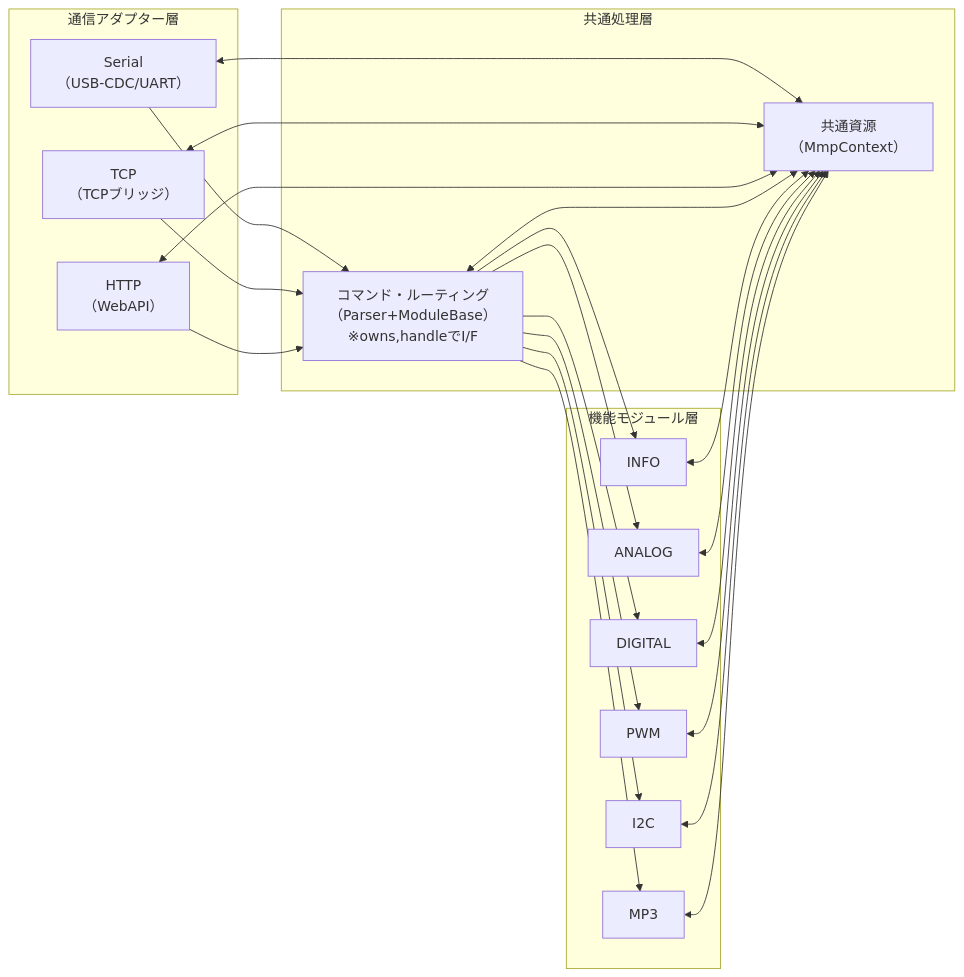
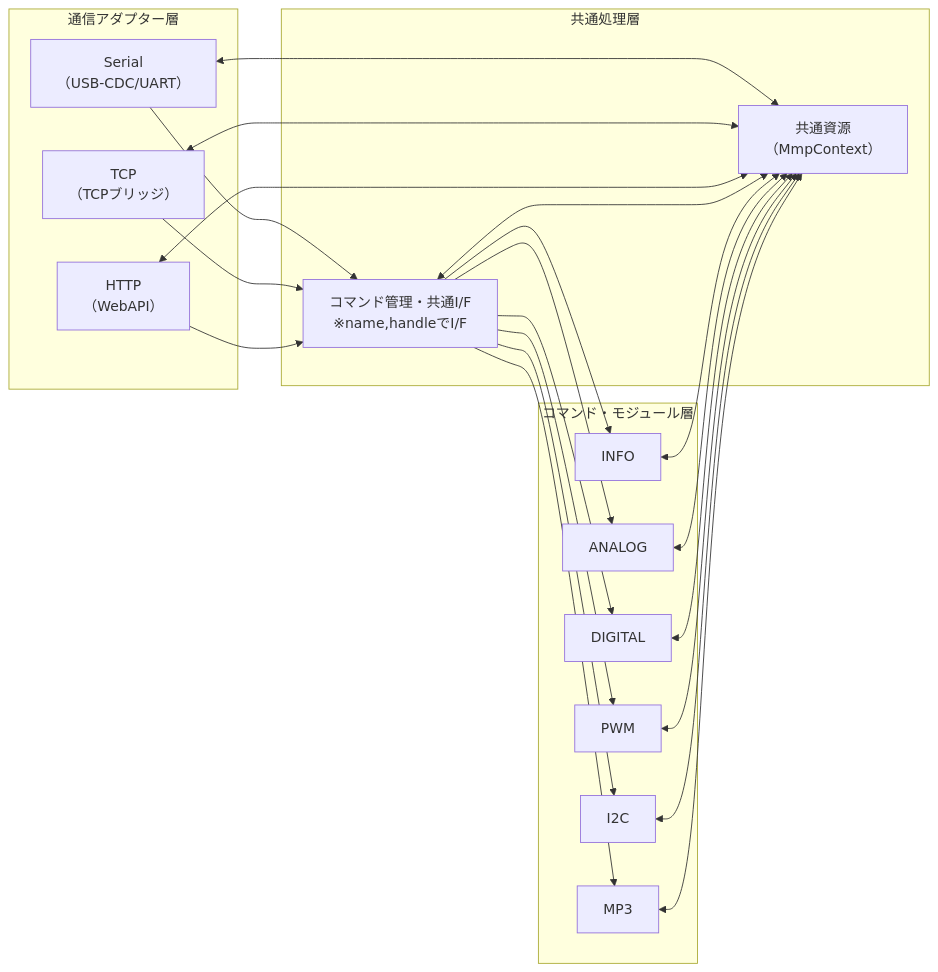
Before and after one commit to kureha001/MMP: the fourth of 4 diagrams in ファームウェア/ファームウェア/mmp/doc/README.MD, drawn with Mermaid. The commit also changed other lines of this file and 16 other files, not shown here.

````diff
--- a/ファームウェア/ファームウェア/mmp/doc/README.MD
+++ b/ファームウェア/ファームウェア/mmp/doc/README.MD
@@ -142,46 +150,46 @@
 ```mermaid
 flowchart LR
     subgraph ADAPTER["通信アダプター層"]
         A1["Serial<br>（USB-CDC/UART）"]
         A2["TCP<br>（TCPブリッジ）"]
         A3["HTTP<br>（WebAPI）"]
     end
 
     subgraph CORE["共通処理層"]
         C["共通資源<br/>（MmpContext）"]
-        P["コマンド・ルーティング<br/>（Parser+ModuleBase）<br/>※owns,handleでI/F"]
+        P["コマンド管理・共通I/F<br/>※name,handleでI/F"]
     end
 
-    subgraph MODULE["機能モジュール層"]
+    subgraph MODULE["コマンド・モジュール層"]
         M1["INFO"]
         M2["ANALOG"]
         M3["DIGITAL"]
         M4["PWM"]
         M5["I2C"]
         M6["MP3"]
     end
 
     A1 --> P
     A2 --> P
     A3 --> P
 
     A1 <--> C
     A2 <--> C
     A3 <--> C
 
     P <--> C
 
     P --> M1
     P --> M2
     P --> M3
     P --> M4
     P --> M5
     P --> M6
 
     M1 <--> C
     M2 <--> C
     M3 <--> C
     M4 <--> C
     M5 <--> C
     M6 <--> C
 ```
````
